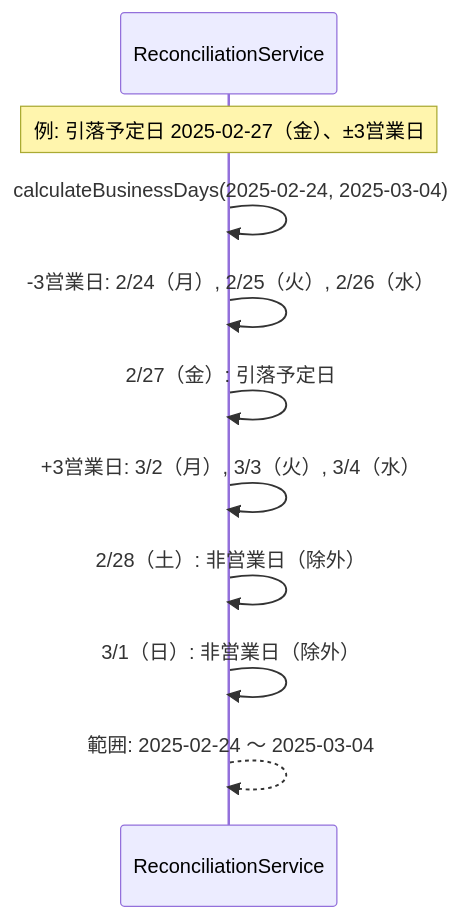
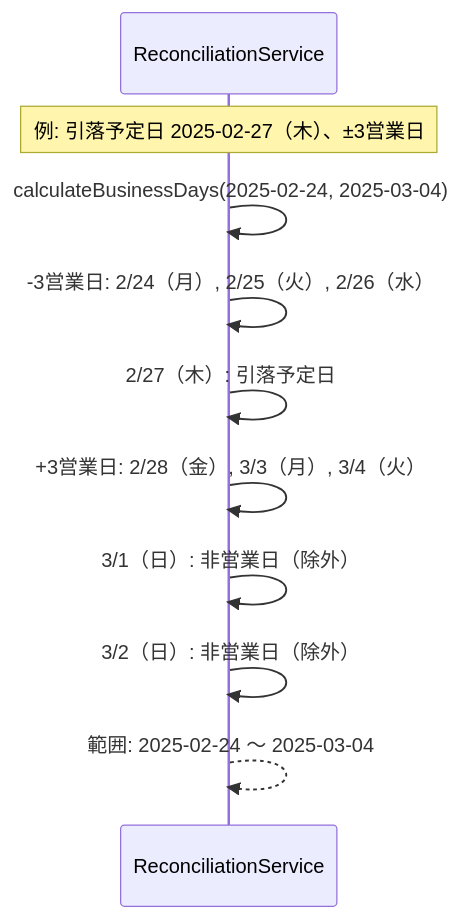
One commit to kencom2400/account-book changed the ninth of 10 diagrams in docs/detailed-design/FR-013_bank-withdrawal-reconciliation/sequence-diagrams.md. Above: the diagram before and after it, drawn with Mermaid. The commit also changed other lines of this file and 3 other files, not shown here.

````diff
--- a/docs/detailed-design/FR-013_bank-withdrawal-reconciliation/sequence-diagrams.md
+++ b/docs/detailed-design/FR-013_bank-withdrawal-reconciliation/sequence-diagrams.md
@@ -338,14 +338,14 @@
 ```mermaid
 sequenceDiagram
     participant RS as ReconciliationService
 
-    Note over RS: 例: 引落予定日 2025-02-27（金）、±3営業日
+    Note over RS: 例: 引落予定日 2025-02-27（木）、±3営業日
 
     RS->>RS: calculateBusinessDays(2025-02-24, 2025-03-04)
     RS->>RS: -3営業日: 2/24（月）, 2/25（火）, 2/26（水）
-    RS->>RS: 2/27（金）: 引落予定日
-    RS->>RS: +3営業日: 3/2（月）, 3/3（火）, 3/4（水）
-    RS->>RS: 2/28（土）: 非営業日（除外）
+    RS->>RS: 2/27（木）: 引落予定日
+    RS->>RS: +3営業日: 2/28（金）, 3/3（月）, 3/4（火）
     RS->>RS: 3/1（日）: 非営業日（除外）
+    RS->>RS: 3/2（日）: 非営業日（除外）
     RS-->>RS: 範囲: 2025-02-24 〜 2025-03-04
 ```
````
